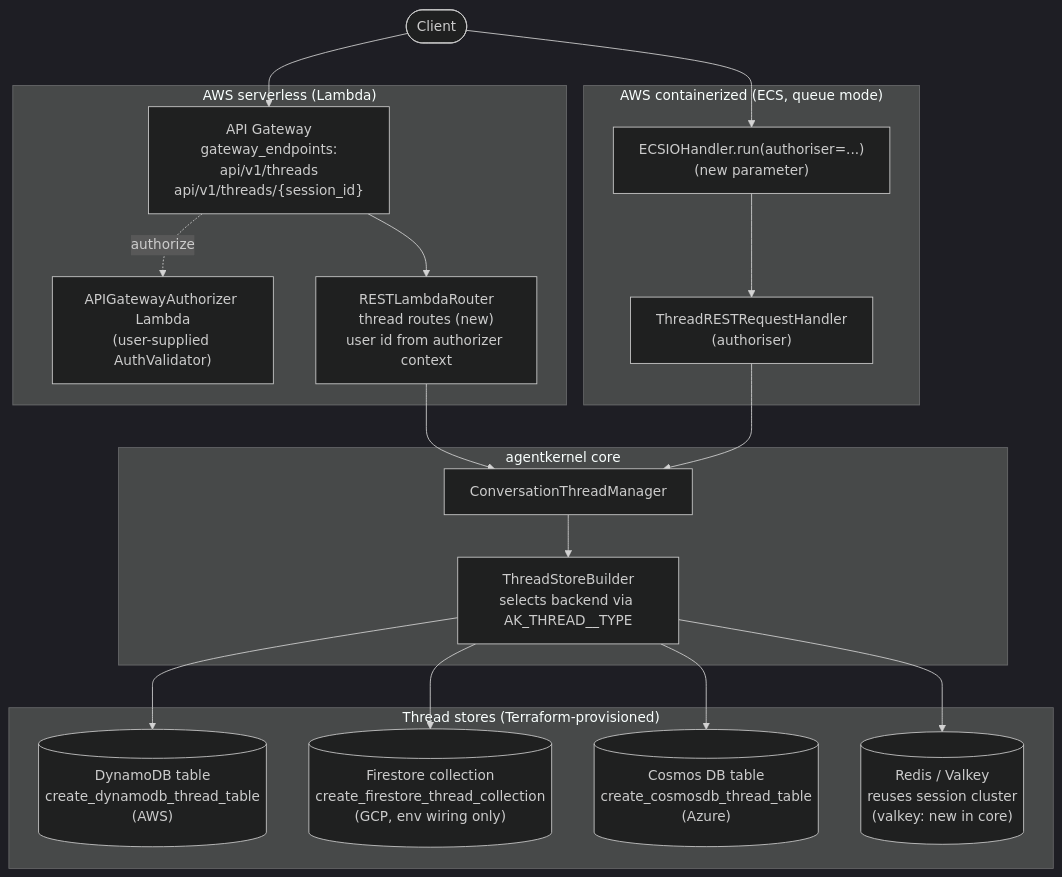
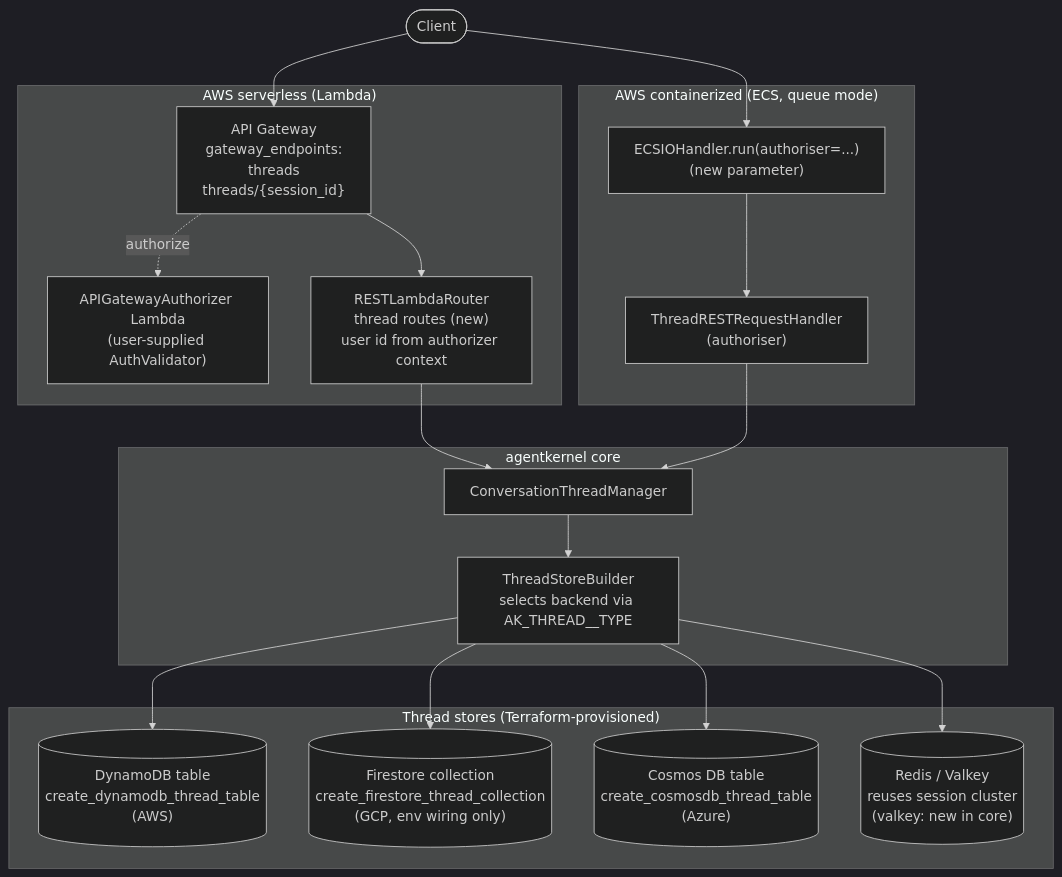
The diagram in docs/specs/527-thread-deployment-authoriser/design.md (yaalalabs/agent-kernel), drawn with Mermaid (dark theme) before and after one commit. The commit also changed other lines of this file and 2 other files, not shown here.

````diff
--- a/docs/specs/527-thread-deployment-authoriser/design.md
+++ b/docs/specs/527-thread-deployment-authoriser/design.md
@@ -32,40 +42,40 @@
 ```mermaid
 flowchart TB
     Client([Client])
 
     subgraph sls["AWS serverless (Lambda)"]
-        APIGW["API Gateway<br/>gateway_endpoints:<br/>api/v1/threads<br/>api/v1/threads/{session_id}"]
+        APIGW["API Gateway<br/>gateway_endpoints:<br/>threads<br/>threads/{session_id}"]
         AuthL["APIGatewayAuthorizer Lambda<br/>(user-supplied AuthValidator)"]
         AppL["RESTLambdaRouter<br/>thread routes (new)<br/>user id from authorizer context"]
         APIGW -.->|"authorize"| AuthL
         APIGW --> AppL
     end
 
     subgraph ecs["AWS containerized (ECS, queue mode)"]
         IOH["ECSIOHandler.run(authoriser=...)<br/>(new parameter)"]
         TRH["ThreadRESTRequestHandler<br/>(authoriser)"]
         IOH --> TRH
     end
 
     subgraph core["agentkernel core"]
         CTM["ConversationThreadManager"]
         TSB["ThreadStoreBuilder<br/>selects backend via AK_THREAD__TYPE"]
         CTM --> TSB
     end
 
     subgraph stores["Thread stores (Terraform-provisioned)"]
         DDB[("DynamoDB table<br/>create_dynamodb_thread_table<br/>(AWS)")]
         FS[("Firestore collection<br/>create_firestore_thread_collection<br/>(GCP, env wiring only)")]
         COS[("Cosmos DB table<br/>create_cosmosdb_thread_table<br/>(Azure)")]
         RV[("Redis / Valkey<br/>reuses session cluster<br/>(valkey: new in core)")]
     end
 
     Client --> APIGW
     Client --> IOH
     AppL --> CTM
     TRH --> CTM
     TSB --> DDB
     TSB --> FS
     TSB --> COS
     TSB --> RV
 ```
````
